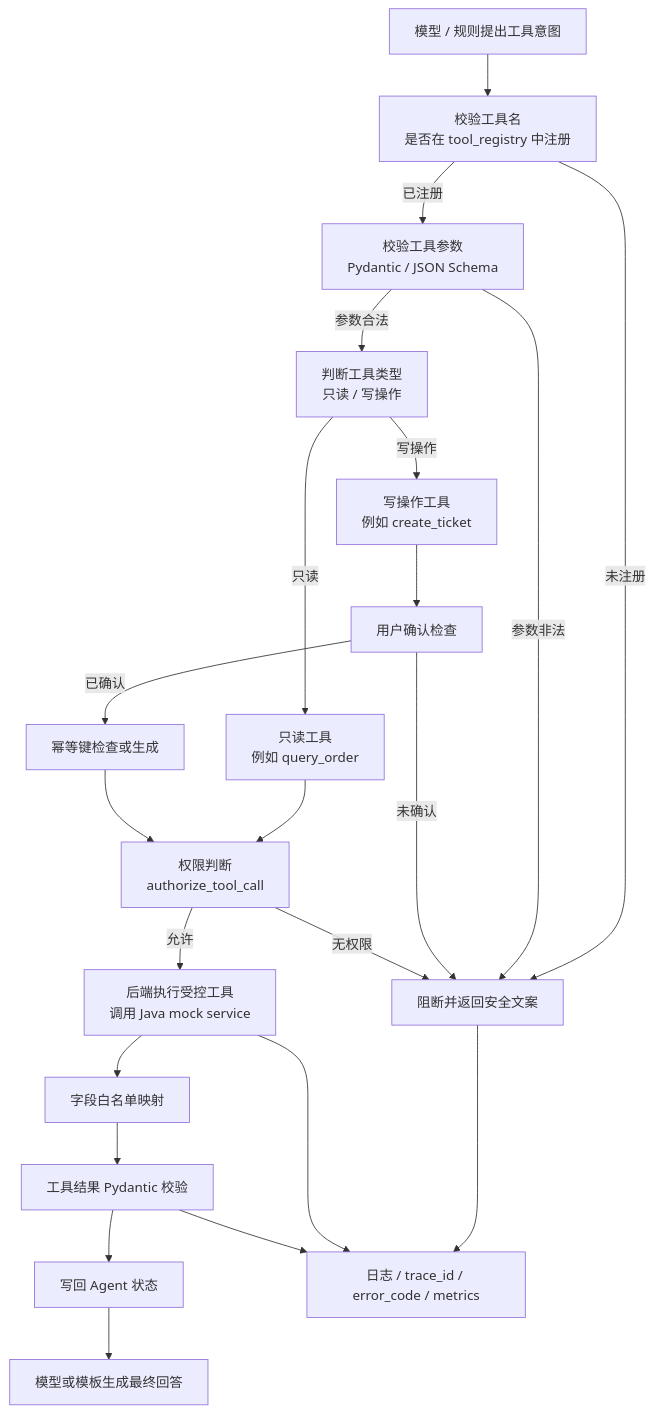
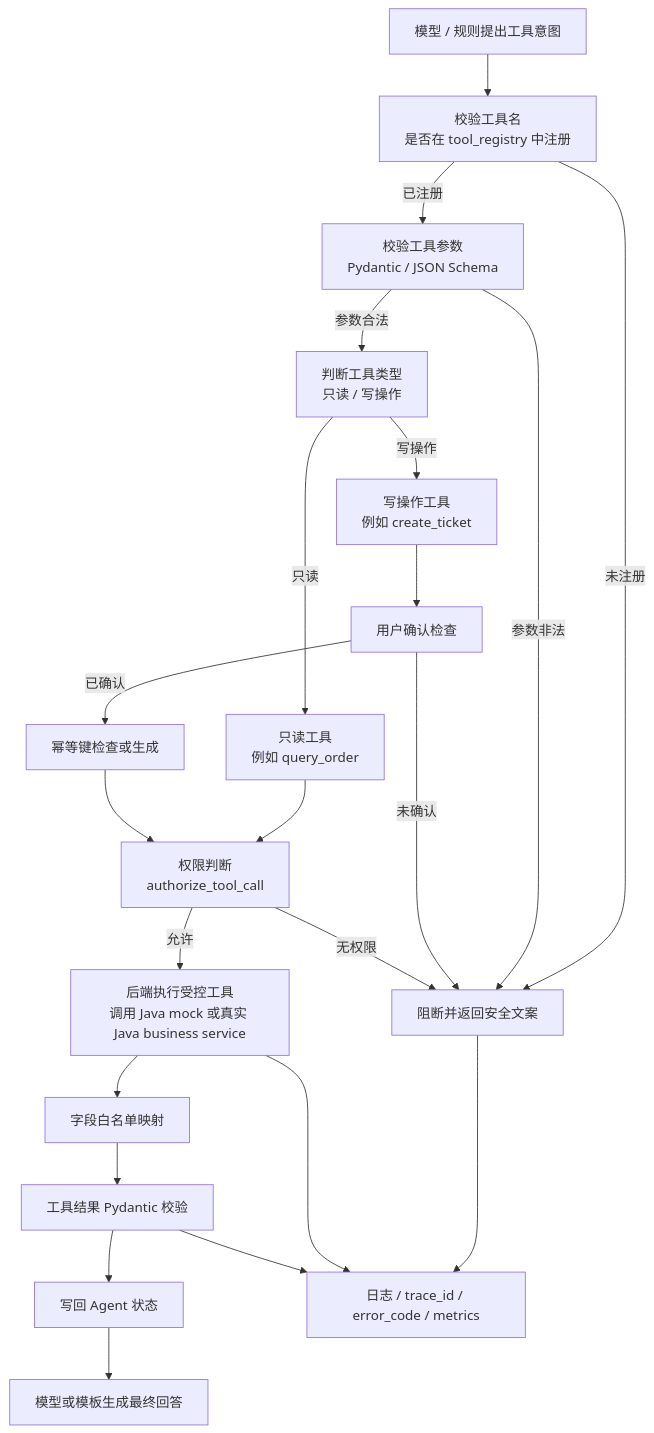
The fourth of 4 diagrams in docs/project-diagrams.md (panpan330/agent-hello), drawn with Mermaid before and after one commit. The commit also changed other lines of this file and 35 other files, not shown here.

````diff
--- a/docs/project-diagrams.md
+++ b/docs/project-diagrams.md
@@ -216,38 +235,38 @@
 ```mermaid
 flowchart TB
     model["模型 / 规则提出工具意图"]
     tool_name["校验工具名<br/>是否在 tool_registry 中注册"]
     args["校验工具参数<br/>Pydantic / JSON Schema"]
     access["判断工具类型<br/>只读 / 写操作"]
 
     read["只读工具<br/>例如 query_order"]
     write["写操作工具<br/>例如 create_ticket"]
 
     permission["权限判断<br/>authorize_tool_call"]
     confirmation["用户确认检查"]
     idempotency["幂等键检查或生成"]
 
-    execute["后端执行受控工具<br/>调用 Java mock service"]
+    execute["后端执行受控工具<br/>调用 Java mock 或真实 Java business service"]
     result_map["字段白名单映射"]
     result_validate["工具结果 Pydantic 校验"]
     state["写回 Agent 状态"]
     answer["模型或模板生成最终回答"]
     audit["日志 / trace_id / error_code / metrics"]
 
     reject["阻断并返回安全文案"]
 
     model --> tool_name
     tool_name -->|未注册| reject
     tool_name -->|已注册| args
     args -->|参数非法| reject
     args -->|参数合法| access
     access -->|只读| read --> permission
     access -->|写操作| write --> confirmation
     confirmation -->|未确认| reject
     confirmation -->|已确认| idempotency --> permission
     permission -->|无权限| reject
     permission -->|允许| execute --> result_map --> result_validate --> state --> answer
     reject --> audit
     execute --> audit
     result_validate --> audit
 ```
````
